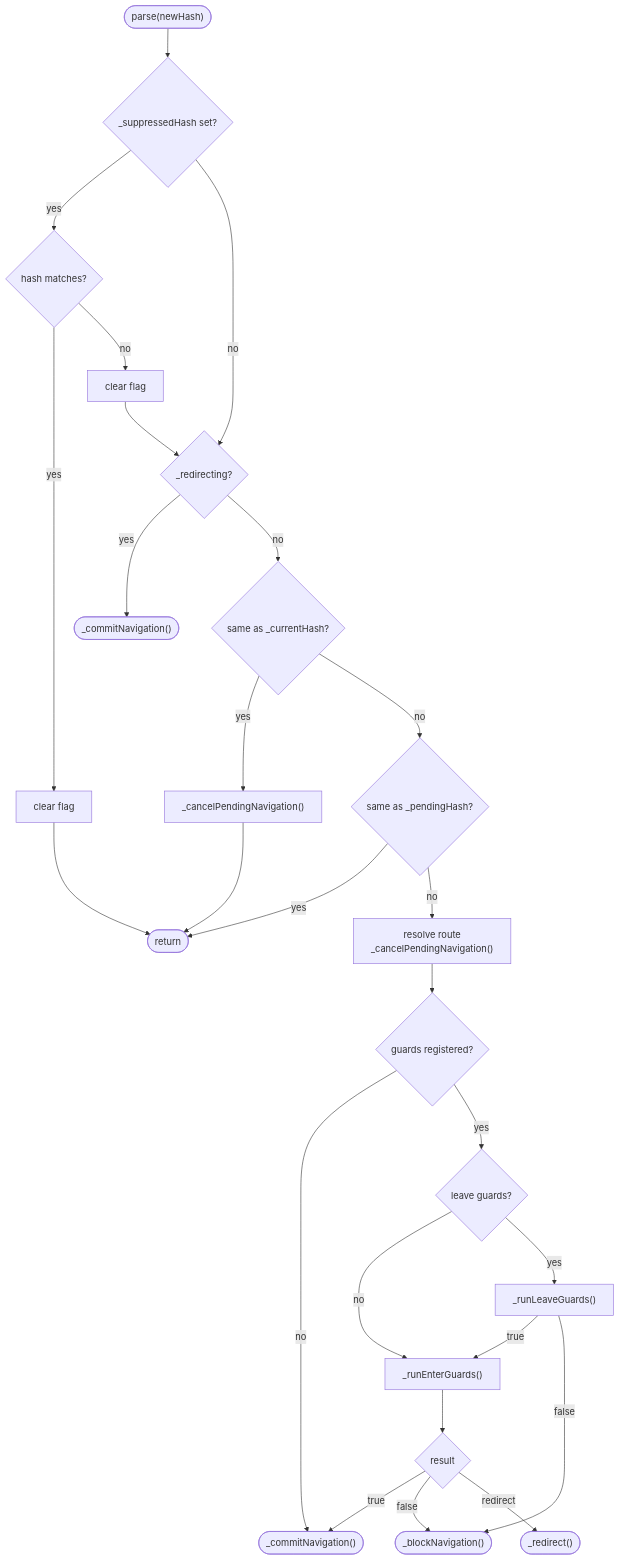
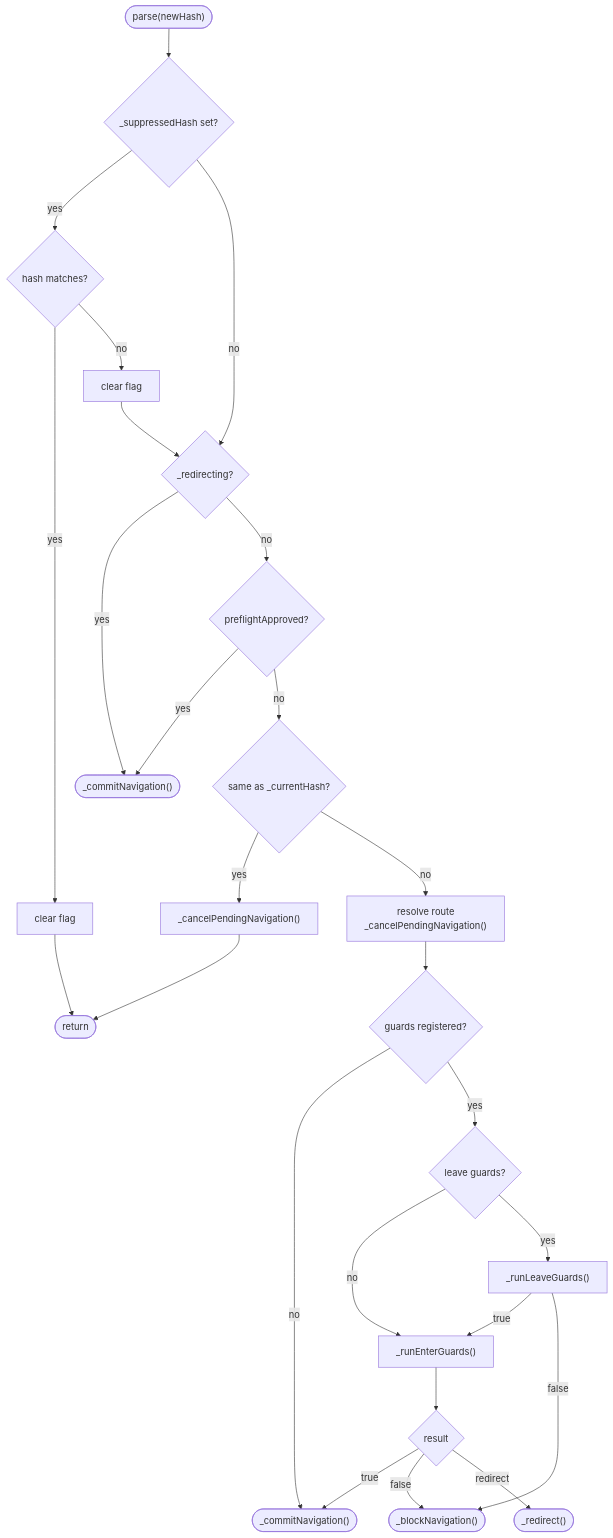
The first of 4 diagrams in docs/reference/architecture.md (wridgeu/ui5-lib-guard-router), drawn with Mermaid before and after one commit. The commit also changed other lines of this file and 12 other files, not shown here.

````diff
--- a/docs/reference/architecture.md
+++ b/docs/reference/architecture.md
@@ -154,29 +159,29 @@
 ```mermaid
 flowchart TD
     start(["parse(newHash)"]) --> suppress{_suppressedHash set?}
     suppress -- "yes" --> smatch{hash matches?}
     smatch -- "yes" --> sclear["clear flag"] --> ret(["return"])
     smatch -- "no" --> sclear2["clear flag"] --> redir
     suppress -- "no" --> redir{_redirecting?}
     redir -- "yes" --> bypass(["_commitNavigation()"])
-    redir -- "no" --> samehash{same as _currentHash?}
+    redir -- "no" --> preflight{preflightApproved?}
+    preflight -- "yes" --> bypass
+    preflight -- "no" --> samehash{same as _currentHash?}
     samehash -- "yes" --> canceldup["_cancelPendingNavigation()"] --> ret
-    samehash -- "no" --> pending{same as _pendingHash?}
-    pending -- "yes" --> ret
-    pending -- "no" --> setup["resolve route<br/>_cancelPendingNavigation()"]
+    samehash -- "no" --> setup["resolve route<br/>_cancelPendingNavigation()"]
 
     setup --> guards{guards registered?}
     guards -- "no" --> commit(["_commitNavigation()"])
     guards -- "yes" --> leave
 
     leave{leave guards?}
     leave -- "no" --> enter
     leave -- "yes" --> runleave["_runLeaveGuards()"]
     runleave -- "true" --> enter["_runEnterGuards()"]
     runleave -- "false" --> block
 
     enter --> result{result}
     result -- "true" --> commit
     result -- "false" --> block(["_blockNavigation()"])
     result -- "redirect" --> redirect(["_redirect()"])
 ```
````
